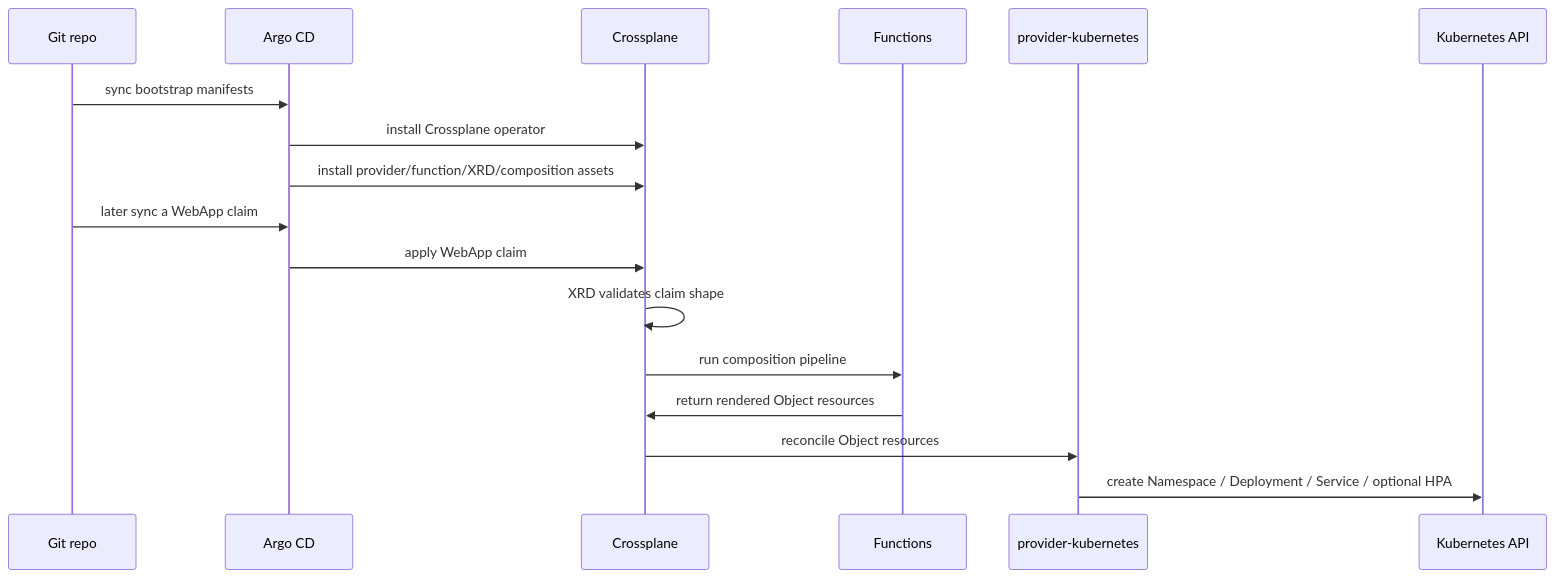
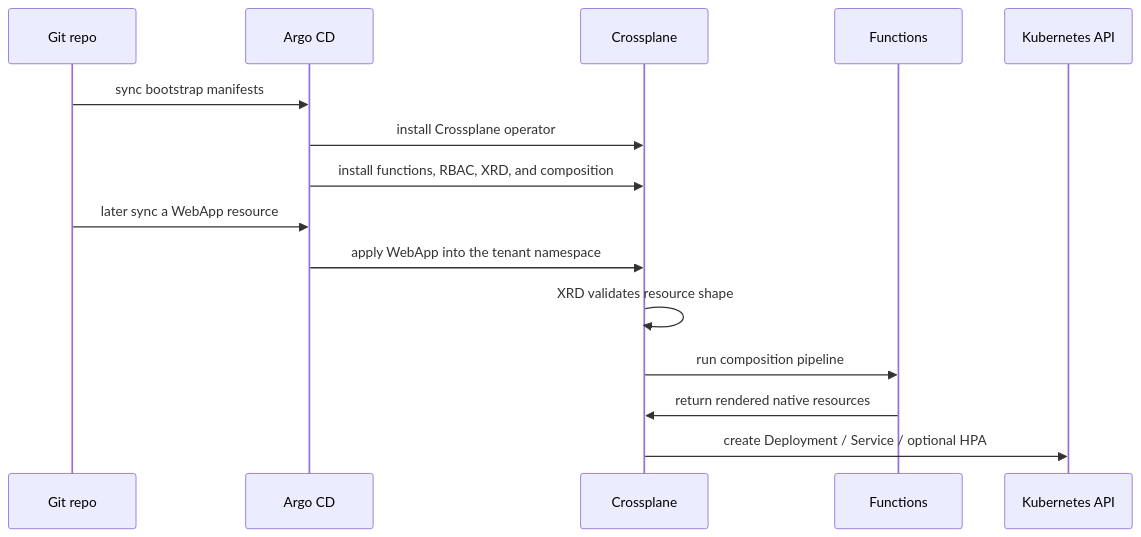
One commit to RizaSatya/homelab changed the seventh of 7 diagrams in docs/2026-04-04-crossplane-resources-explained.md. Above: the diagram before and after it, drawn with Mermaid. The commit also changed other lines of this file and 16 other files, not shown here.

````diff
--- a/docs/2026-04-04-crossplane-resources-explained.md
+++ b/docs/2026-04-04-crossplane-resources-explained.md
@@ -448,21 +333,19 @@
 ```mermaid
 sequenceDiagram
   participant Git as Git repo
   participant Argo as Argo CD
   participant CP as Crossplane
   participant Func as Functions
-  participant Prov as provider-kubernetes
   participant K8s as Kubernetes API
 
   Git->>Argo: sync bootstrap manifests
   Argo->>CP: install Crossplane operator
-  Argo->>CP: install provider/function/XRD/composition assets
+  Argo->>CP: install functions, RBAC, XRD, and composition
 
-  Git->>Argo: later sync a WebApp claim
-  Argo->>CP: apply WebApp claim
-  CP->>CP: XRD validates claim shape
+  Git->>Argo: later sync a WebApp resource
+  Argo->>CP: apply WebApp into the tenant namespace
+  CP->>CP: XRD validates resource shape
   CP->>Func: run composition pipeline
-  Func->>CP: return rendered Object resources
-  CP->>Prov: reconcile Object resources
-  Prov->>K8s: create Namespace / Deployment / Service / optional HPA
+  Func->>CP: return rendered native resources
+  CP->>K8s: create Deployment / Service / optional HPA
 ```
````
